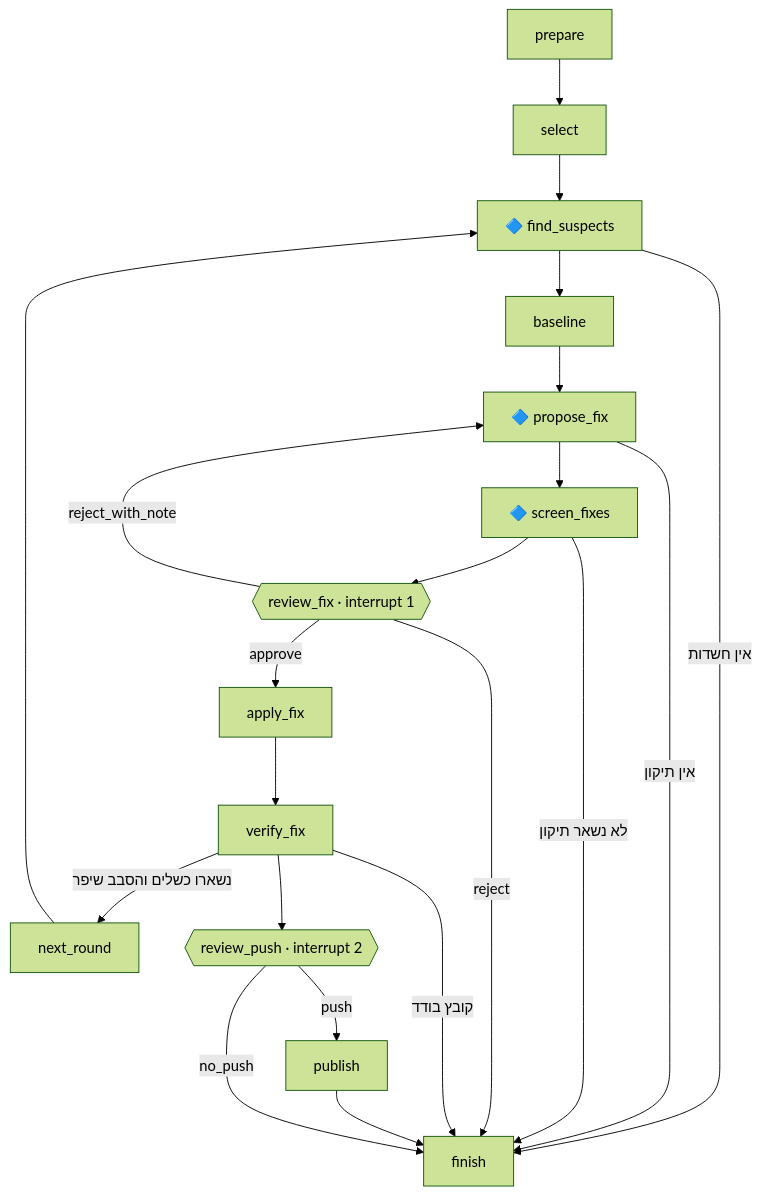
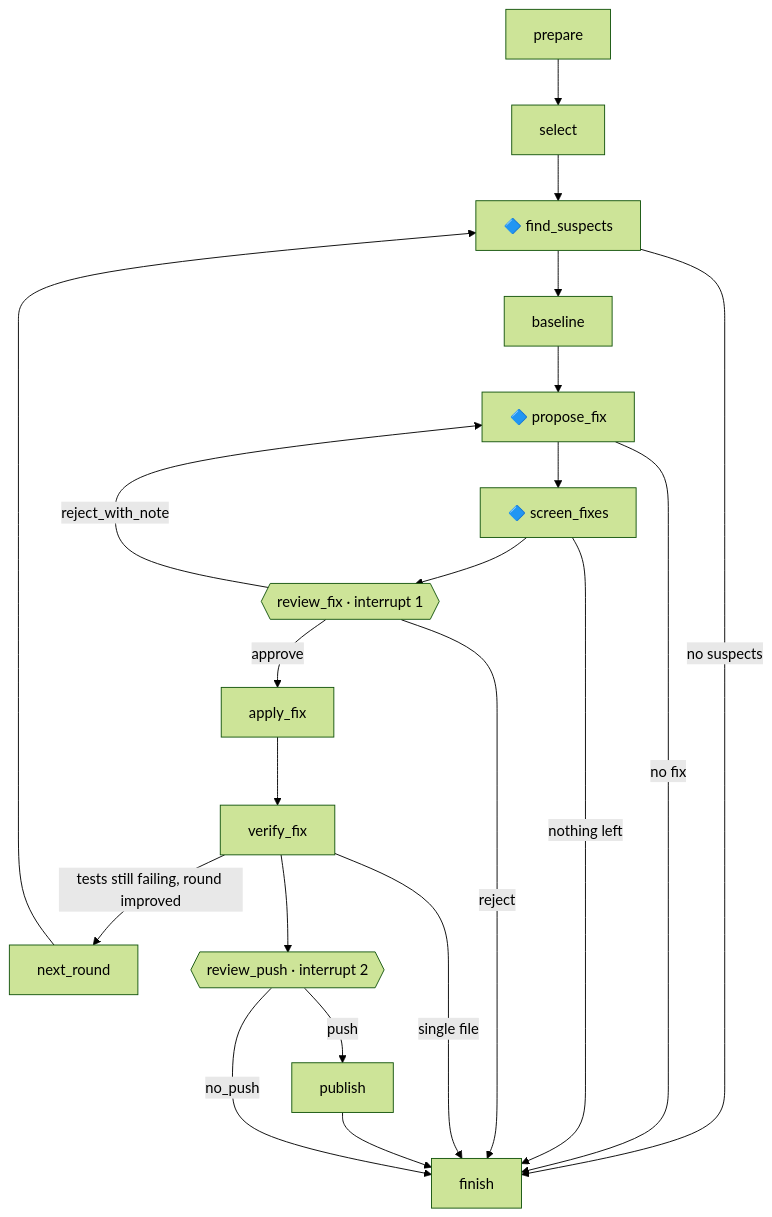
Before and after one commit to ChayaKoller/code-review-agent: the diagram in README.md, drawn with Mermaid (forest theme). The commit also changed other lines of this file, not shown here.

````diff
--- a/README.md
+++ b/README.md
@@ -23,18 +29,18 @@
 ```mermaid
 flowchart TD
     prepare --> select --> find["🔷 find_suspects"]
-    find -- אין חשדות --> finish
+    find -- no suspects --> finish
     find --> baseline --> propose["🔷 propose_fix"]
-    propose -- אין תיקון --> finish
+    propose -- no fix --> finish
     propose --> screen["🔷 screen_fixes"]
-    screen -- לא נשאר תיקון --> finish
+    screen -- nothing left --> finish
     screen --> review_fix{{"review_fix · interrupt 1"}}
     review_fix -- reject_with_note --> propose
     review_fix -- reject --> finish
     review_fix -- approve --> apply_fix --> verify_fix
-    verify_fix -- "נשארו כשלים והסבב שיפר" --> next_round --> find
-    verify_fix -- קובץ בודד --> finish
+    verify_fix -- "tests still failing, round improved" --> next_round --> find
+    verify_fix -- single file --> finish
     verify_fix --> review_push{{"review_push · interrupt 2"}}
     review_push -- push --> publish --> finish
     review_push -- no_push --> finish
 ```
````
